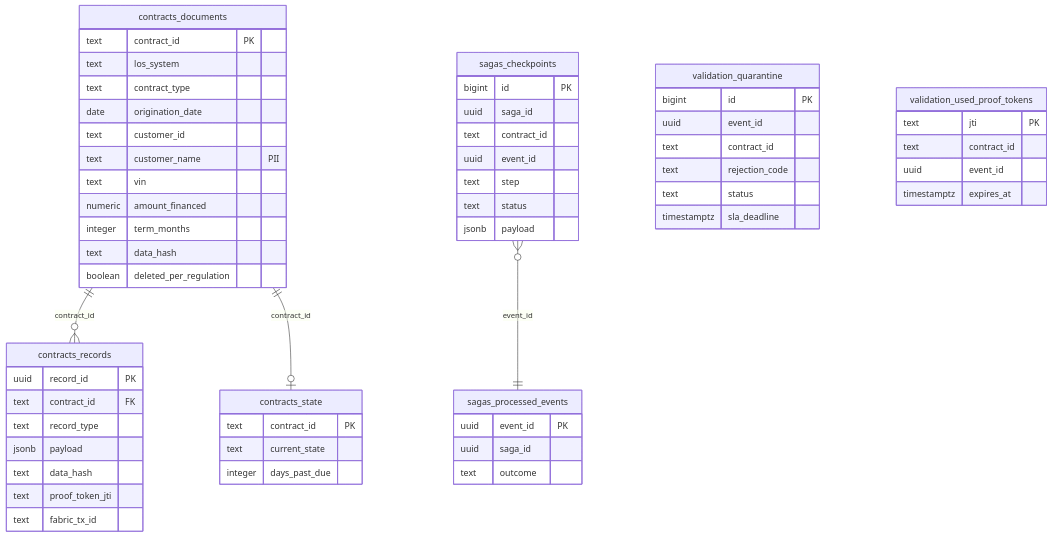
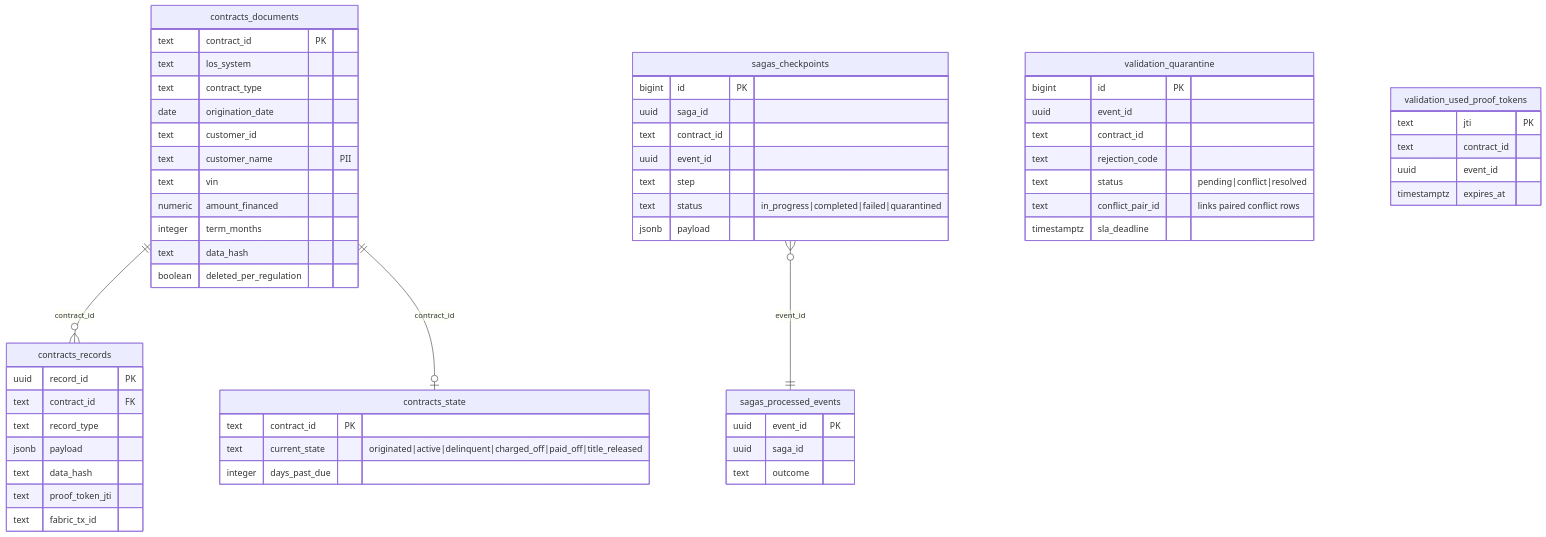
Before and after one commit to rame10566/smartledger: the tenth of 10 diagrams in docs/ARCHITECTURE.md, drawn with Mermaid. The commit also changed other lines of this file and 1 other file, not shown here.

First line of the commit message:
docs: add definitive status/state reference + fix stale enum values

````diff
--- a/docs/ARCHITECTURE.md
+++ b/docs/ARCHITECTURE.md
@@ -381,68 +381,69 @@
 ```mermaid
 erDiagram
     contracts_documents {
         text contract_id PK
         text los_system
         text contract_type
         date origination_date
         text customer_id
         text customer_name "PII"
         text vin
         numeric amount_financed
         integer term_months
         text data_hash
         boolean deleted_per_regulation
     }
 
     contracts_records {
         uuid record_id PK
         text contract_id FK
         text record_type
         jsonb payload
         text data_hash
         text proof_token_jti
         text fabric_tx_id
     }
 
     contracts_state {
         text contract_id PK
-        text current_state
+        text current_state "originated|active|delinquent|charged_off|paid_off|title_released"
         integer days_past_due
     }
 
     sagas_checkpoints {
         bigint id PK
         uuid saga_id
         text contract_id
         uuid event_id
         text step
-        text status
+        text status "in_progress|completed|failed|quarantined"
         jsonb payload
     }
 
     sagas_processed_events {
         uuid event_id PK
         uuid saga_id
         text outcome
     }
 
     validation_quarantine {
         bigint id PK
         uuid event_id
         text contract_id
         text rejection_code
-        text status
+        text status "pending|conflict|resolved"
+        text conflict_pair_id "links paired conflict rows"
         timestamptz sla_deadline
     }
 
     validation_used_proof_tokens {
         text jti PK
         text contract_id
         uuid event_id
         timestamptz expires_at
     }
 
     contracts_documents ||--o{ contracts_records : "contract_id"
     contracts_documents ||--o| contracts_state : "contract_id"
     sagas_checkpoints }o--|| sagas_processed_events : "event_id"
 ```
````
